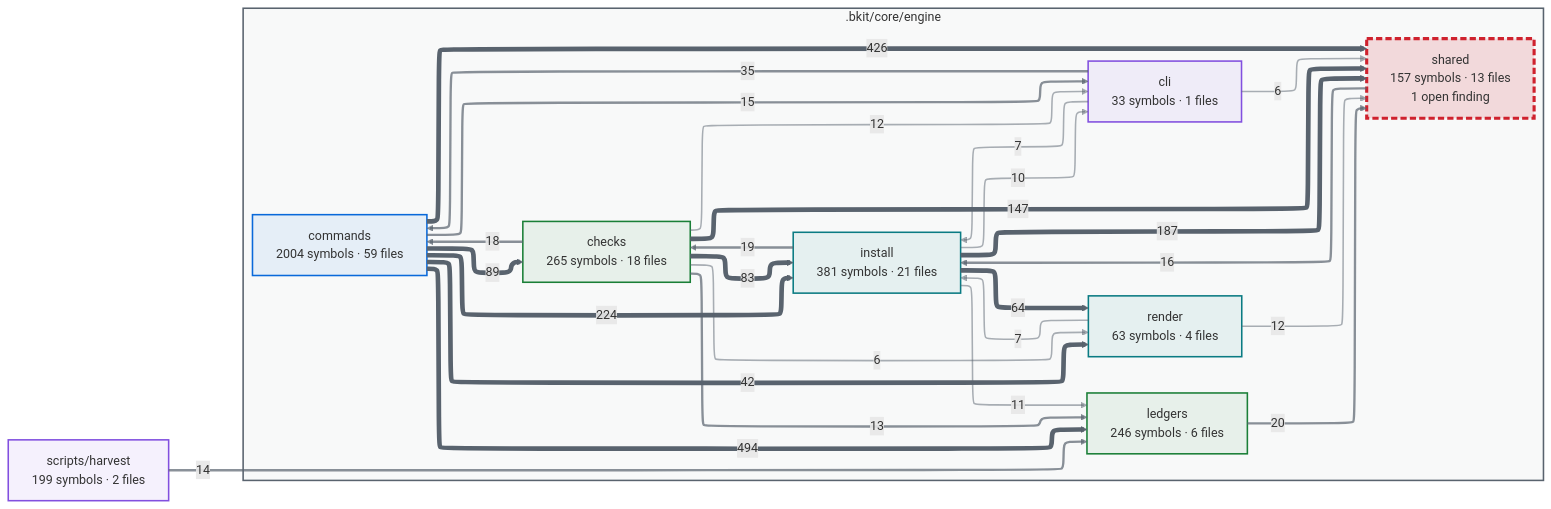
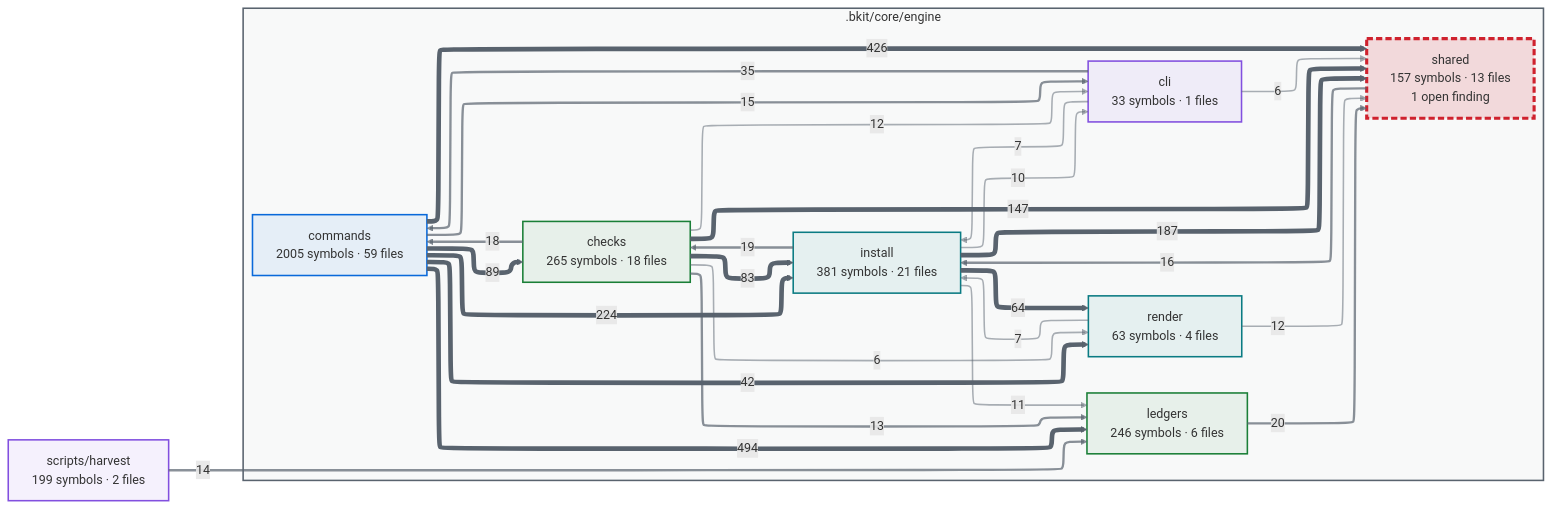
Before and after one commit to cbartens/bkit: the first of 2 diagrams in docs/capabilities.md, drawn with Mermaid. The commit also changed other lines of this file and 4 other files, not shown here.

````diff
--- a/docs/capabilities.md
+++ b/docs/capabilities.md
@@ -116,80 +116,80 @@
 ```mermaid
 ---
 config:
   layout: elk
   themeCSS: "marker { overflow: visible; } marker path { transform: scale(1.8); transform-origin: 5px 5px; }"
   flowchart:
     useMaxWidth: false
 ---
 flowchart LR
   %% Generated by bkit-graphify-rollup.py — do not edit
   subgraph gn_bkit_core_engine[".bkit/core/engine"]
     n_bkit_core_engine_checks["checks<br/>265 symbols · 18 files"]
     n_bkit_core_engine_cli["cli<br/>33 symbols · 1 files"]
-    n_bkit_core_engine_commands["commands<br/>2004 symbols · 59 files"]
+    n_bkit_core_engine_commands["commands<br/>2005 symbols · 59 files"]
     n_bkit_core_engine_install["install<br/>381 symbols · 21 files"]
     n_bkit_core_engine_ledgers["ledgers<br/>246 symbols · 6 files"]
     n_bkit_core_engine_render["render<br/>63 symbols · 4 files"]
     n_bkit_core_engine_shared["shared<br/>157 symbols · 13 files<br/>1 open finding"]
   end
   nscripts_harvest["scripts/harvest<br/>199 symbols · 2 files"]
   n_bkit_core_engine_commands -->|494| n_bkit_core_engine_ledgers
   n_bkit_core_engine_commands -->|426| n_bkit_core_engine_shared
   n_bkit_core_engine_commands -->|224| n_bkit_core_engine_install
   n_bkit_core_engine_install -->|187| n_bkit_core_engine_shared
   n_bkit_core_engine_checks -->|147| n_bkit_core_engine_shared
   n_bkit_core_engine_commands -->|89| n_bkit_core_engine_checks
   n_bkit_core_engine_checks -->|83| n_bkit_core_engine_install
   n_bkit_core_engine_install -->|64| n_bkit_core_engine_render
   n_bkit_core_engine_commands -->|42| n_bkit_core_engine_render
   n_bkit_core_engine_cli -->|35| n_bkit_core_engine_commands
   n_bkit_core_engine_ledgers -->|20| n_bkit_core_engine_shared
   n_bkit_core_engine_install -->|19| n_bkit_core_engine_checks
   n_bkit_core_engine_checks -->|18| n_bkit_core_engine_commands
   n_bkit_core_engine_shared -->|16| n_bkit_core_engine_install
   n_bkit_core_engine_commands -->|15| n_bkit_core_engine_cli
   nscripts_harvest -->|14| n_bkit_core_engine_ledgers
   n_bkit_core_engine_checks -->|13| n_bkit_core_engine_ledgers
   n_bkit_core_engine_checks -->|12| n_bkit_core_engine_cli
   n_bkit_core_engine_render -->|12| n_bkit_core_engine_shared
   n_bkit_core_engine_install -->|11| n_bkit_core_engine_ledgers
   n_bkit_core_engine_install -->|10| n_bkit_core_engine_cli
   n_bkit_core_engine_cli -->|7| n_bkit_core_engine_install
   n_bkit_core_engine_render -->|7| n_bkit_core_engine_install
   n_bkit_core_engine_checks -->|6| n_bkit_core_engine_render
   n_bkit_core_engine_cli -->|6| n_bkit_core_engine_shared
   style gn_bkit_core_engine fill:#59636e0a,stroke:#59636e,stroke-width:2px
   style n_bkit_core_engine_checks stroke:#1a7f37,stroke-width:2px,fill:#1a7f3714
   style n_bkit_core_engine_cli stroke:#8250df,stroke-width:2px,fill:#8250df14
   style n_bkit_core_engine_commands stroke:#0969da,stroke-width:2px,fill:#0969da14
   style n_bkit_core_engine_install stroke:#0a7b83,stroke-width:2px,fill:#0a7b8314
   style n_bkit_core_engine_ledgers stroke:#1a7f37,stroke-width:2px,fill:#1a7f3714
   style n_bkit_core_engine_render stroke:#0a7b83,stroke-width:2px,fill:#0a7b8314
   style n_bkit_core_engine_shared stroke:#cf222e,stroke-width:4px,stroke-dasharray:8 4,fill:#cf222e26
   style nscripts_harvest stroke:#8250df,stroke-width:2px,fill:#8250df14
   linkStyle 0 stroke:#59636e,stroke-width:6px
   linkStyle 1 stroke:#59636e,stroke-width:6px
   linkStyle 2 stroke:#59636e,stroke-width:6px
   linkStyle 3 stroke:#59636e,stroke-width:6px
   linkStyle 4 stroke:#59636e,stroke-width:6px
   linkStyle 5 stroke:#59636e,stroke-width:6px
   linkStyle 6 stroke:#59636e,stroke-width:6px
   linkStyle 7 stroke:#59636e,stroke-width:6px
   linkStyle 8 stroke:#59636e,stroke-width:6px
   linkStyle 9 stroke:#59636eb3,stroke-width:3px
   linkStyle 10 stroke:#59636eb3,stroke-width:3px
   linkStyle 11 stroke:#59636eb3,stroke-width:3px
   linkStyle 12 stroke:#59636eb3,stroke-width:3px
   linkStyle 13 stroke:#59636eb3,stroke-width:3px
   linkStyle 14 stroke:#59636eb3,stroke-width:3px
   linkStyle 15 stroke:#59636eb3,stroke-width:3px
   linkStyle 16 stroke:#59636eb3,stroke-width:3px
   linkStyle 17 stroke:#59636e80,stroke-width:2px
   linkStyle 18 stroke:#59636e80,stroke-width:2px
   linkStyle 19 stroke:#59636e80,stroke-width:2px
   linkStyle 20 stroke:#59636e80,stroke-width:2px
   linkStyle 21 stroke:#59636e80,stroke-width:2px
   linkStyle 22 stroke:#59636e80,stroke-width:2px
   linkStyle 23 stroke:#59636e80,stroke-width:2px
   linkStyle 24 stroke:#59636e80,stroke-width:2px
 ```
````
